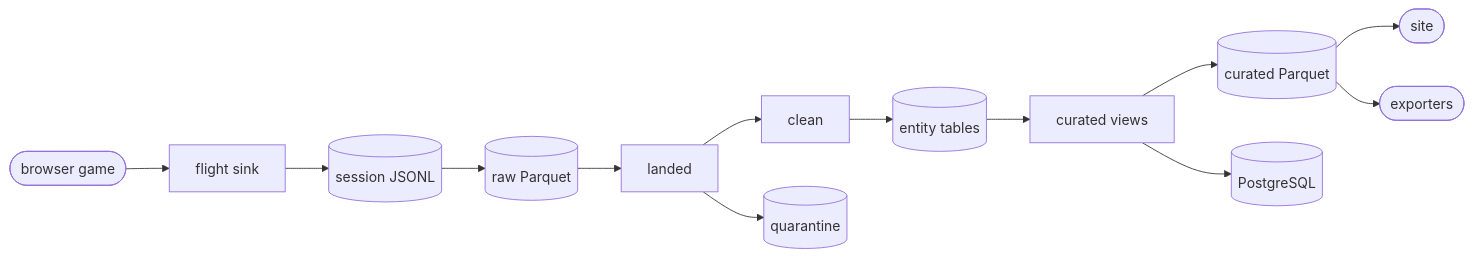
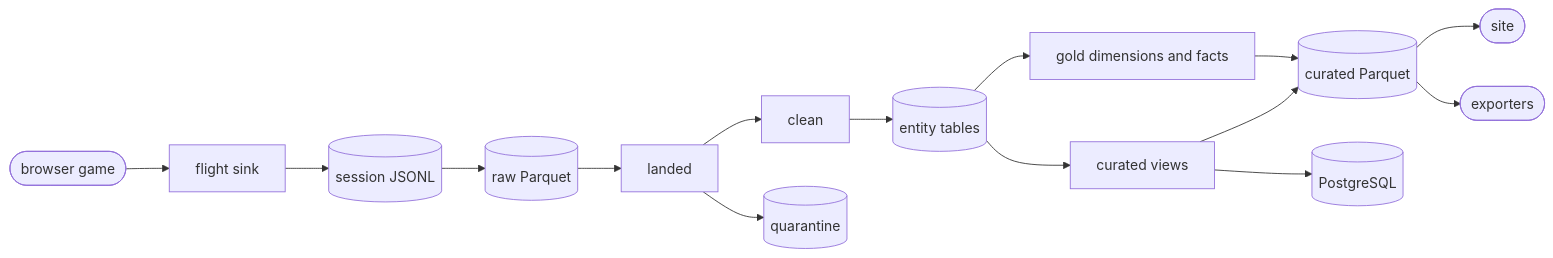
Before and after one commit to MrBisonte/flightdeck: the first of 3 diagrams in docs/hlad.md, drawn with Mermaid. The commit also changed other lines of this file and 8 other files, not shown here.

````diff
--- a/docs/hlad.md
+++ b/docs/hlad.md
@@ -27,15 +27,17 @@
 ```mermaid
 flowchart LR
   game([browser game]) --> sink[flight sink]
   sink --> file[(session JSONL)]
   file --> raw[(raw Parquet)]
   raw --> landed[landed]
   landed --> clean[clean]
   landed --> quarantine[(quarantine)]
   clean --> entities[(entity tables)]
   entities --> curated[curated views]
+  entities --> gold[gold dimensions and facts]
   curated --> published[(curated Parquet)]
+  gold --> published
   curated --> postgres[(PostgreSQL)]
   published --> site([site])
   published --> exporters([exporters])
 ```
````
